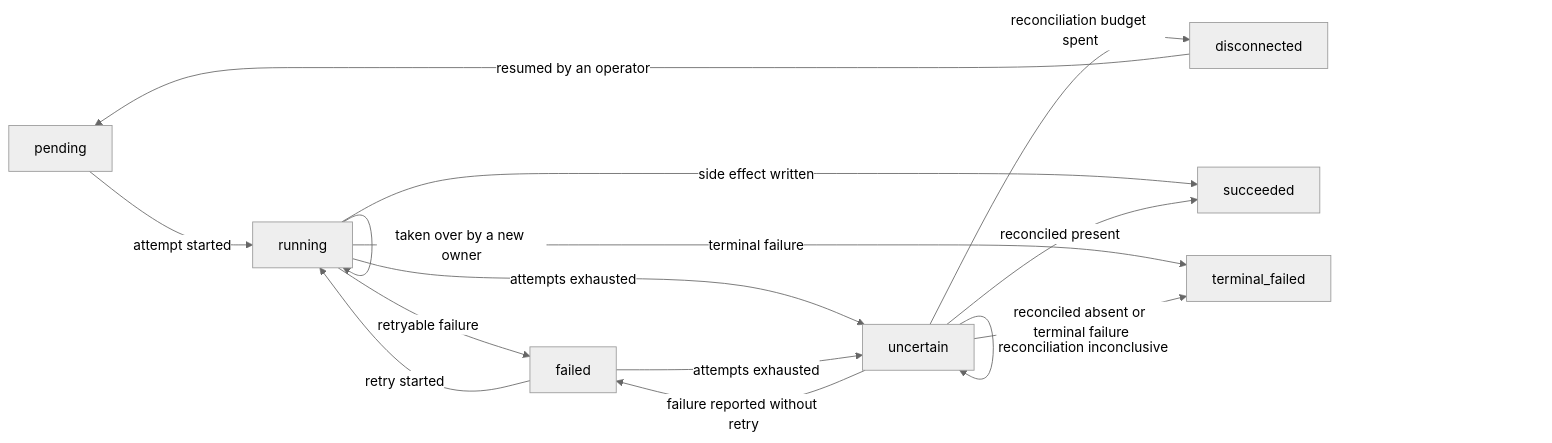
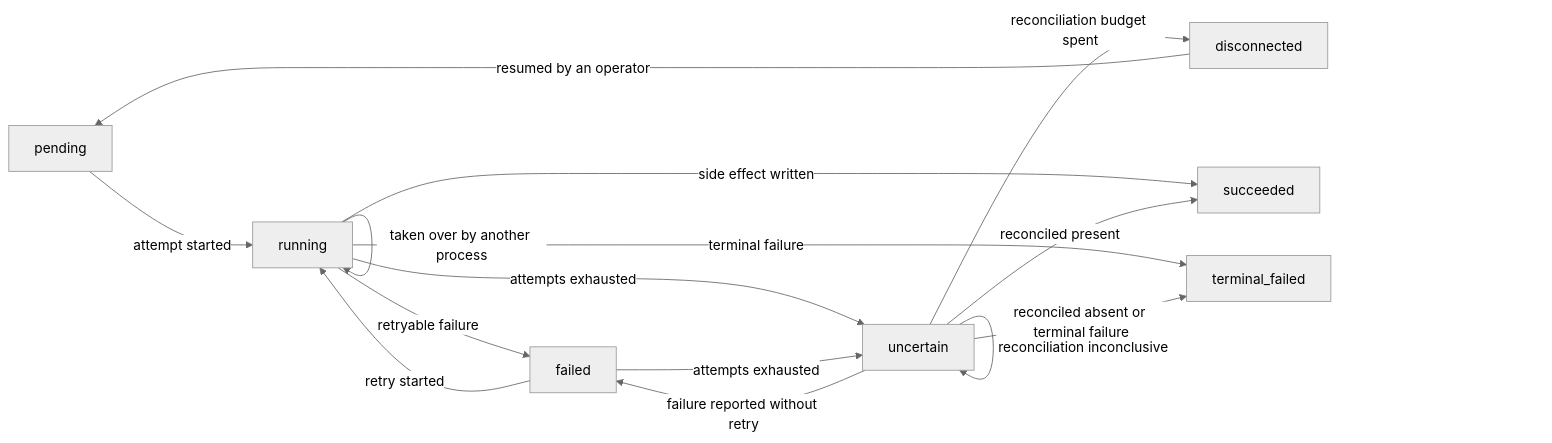
One commit to Agent-AI-Chalmers/sec-review-bot changed the fourth of 4 diagrams in contracts/review-runs-api/v1/STATE_MACHINES.md. Above: the diagram before and after it, drawn with Mermaid (neutral theme). The commit also changed other lines of this file and 16 other files, not shown here.

````diff
--- a/contracts/review-runs-api/v1/STATE_MACHINES.md
+++ b/contracts/review-runs-api/v1/STATE_MACHINES.md
@@ -179,24 +179,24 @@
 ```mermaid
 flowchart LR
   publication_step_pending["pending"]
   publication_step_running["running"]
   publication_step_failed["failed"]
   publication_step_uncertain["uncertain"]
   publication_step_disconnected["disconnected"]
   publication_step_succeeded["succeeded"]
   publication_step_terminal_failed["terminal_failed"]
   publication_step_pending -->|"attempt started"| publication_step_running
-  publication_step_running -->|"taken over by a new owner"| publication_step_running
+  publication_step_running -->|"taken over by another process"| publication_step_running
   publication_step_failed -->|"retry started"| publication_step_running
   publication_step_running -->|"side effect written"| publication_step_succeeded
   publication_step_running -->|"retryable failure"| publication_step_failed
   publication_step_running -->|"terminal failure"| publication_step_terminal_failed
   publication_step_running -->|"attempts exhausted"| publication_step_uncertain
   publication_step_failed -->|"attempts exhausted"| publication_step_uncertain
   publication_step_uncertain -->|"reconciled present"| publication_step_succeeded
   publication_step_uncertain -->|"reconciled absent or terminal failure"| publication_step_terminal_failed
   publication_step_uncertain -->|"reconciliation inconclusive"| publication_step_uncertain
   publication_step_uncertain -->|"reconciliation budget spent"| publication_step_disconnected
   publication_step_uncertain -->|"failure reported without retry"| publication_step_failed
   publication_step_disconnected -->|"resumed by an operator"| publication_step_pending
 ```
````
